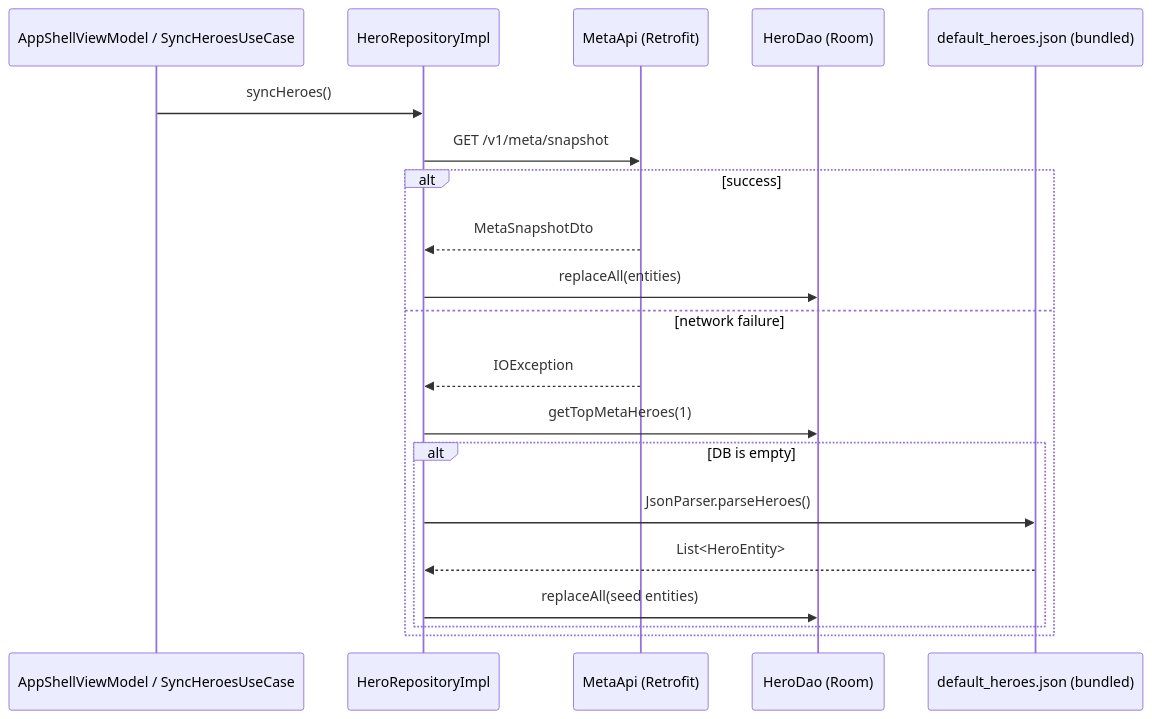
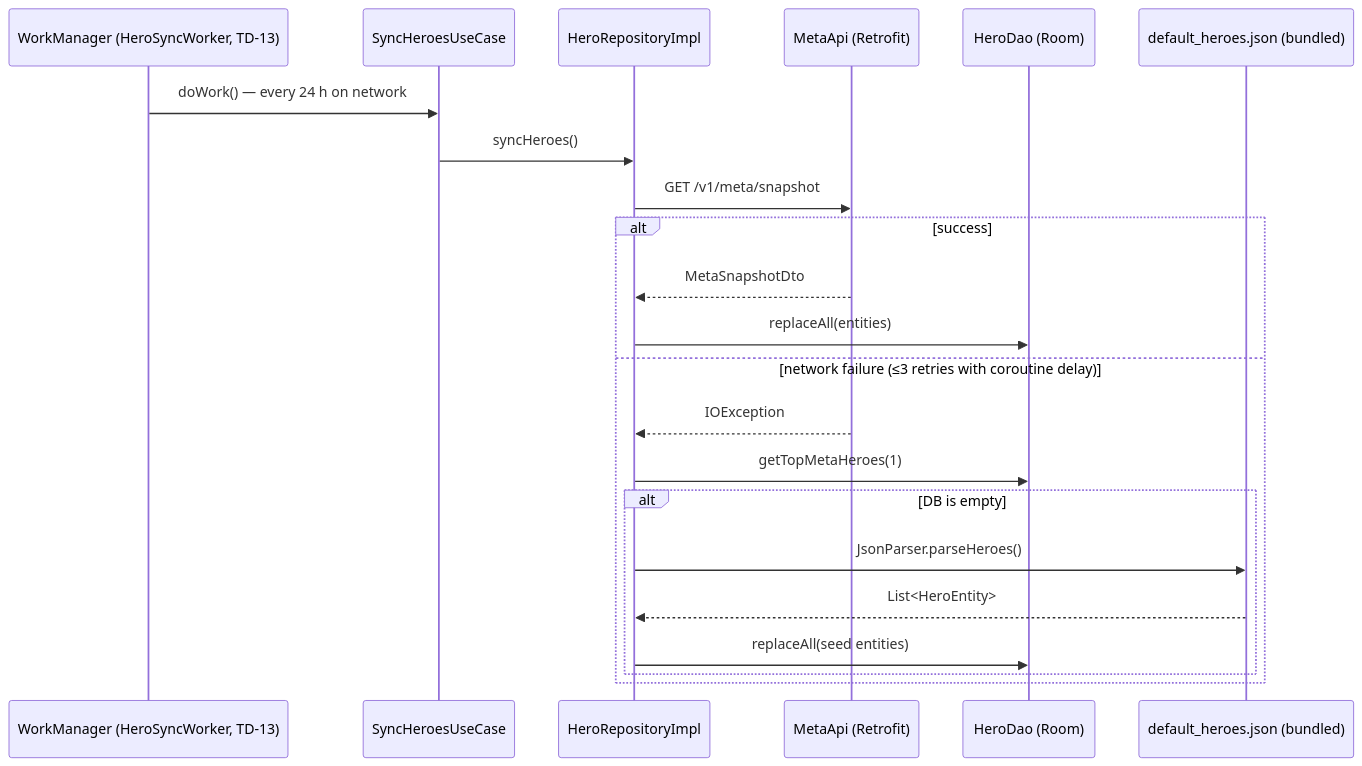
One commit to SCPF-Bot/repo.dev changed the third of 4 diagrams in docs/overview.md. Above: the diagram before and after it, drawn with Mermaid. The commit also changed other lines of this file and 19 other files, not shown here.

````diff
--- a/docs/overview.md
+++ b/docs/overview.md
@@ -128,23 +133,25 @@
 ```mermaid
 sequenceDiagram
-    participant VM   as AppShellViewModel / SyncHeroesUseCase
+    participant WM   as WorkManager (HeroSyncWorker, TD-13)
+    participant UC   as SyncHeroesUseCase
     participant Repo as HeroRepositoryImpl
     participant API  as MetaApi (Retrofit)
     participant DAO  as HeroDao (Room)
     participant JSON as default_heroes.json (bundled)
 
-    VM->>Repo: syncHeroes()
+    WM->>UC: doWork() — every 24 h on network
+    UC->>Repo: syncHeroes()
     Repo->>API: GET /v1/meta/snapshot
     alt success
         API-->>Repo: MetaSnapshotDto
         Repo->>DAO: replaceAll(entities)
-    else network failure
+    else network failure (≤3 retries with coroutine delay)
         API-->>Repo: IOException
         Repo->>DAO: getTopMetaHeroes(1)
         alt DB is empty
             Repo->>JSON: JsonParser.parseHeroes()
             JSON-->>Repo: List<HeroEntity>
             Repo->>DAO: replaceAll(seed entities)
         end
     end
 ```
````
